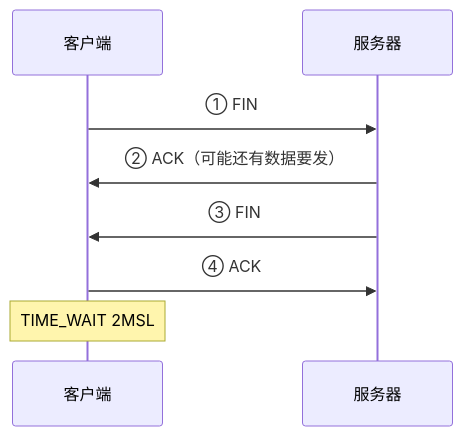
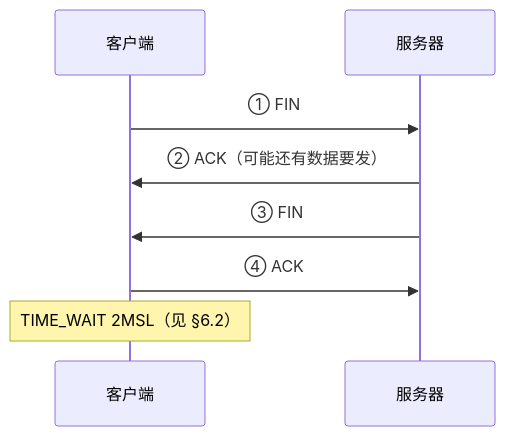
The third of 4 diagrams in 前端学习/计算机网络/02-TCP与UDP.md (moqix26/study), drawn with Mermaid before and after one commit. The commit also changed other lines of this file and 7 other files, not shown here.

````diff
--- a/前端学习/计算机网络/02-TCP与UDP.md
+++ b/前端学习/计算机网络/02-TCP与UDP.md
@@ -186,11 +197,11 @@
 ```mermaid
 sequenceDiagram
     participant C as 客户端
     participant S as 服务器
 
     C->>S: ① FIN
     S->>C: ② ACK（可能还有数据要发）
     S->>C: ③ FIN
     C->>S: ④ ACK
-    Note over C: TIME_WAIT 2MSL
+    Note over C: TIME_WAIT 2MSL（见 §6.2）
 ```
````
